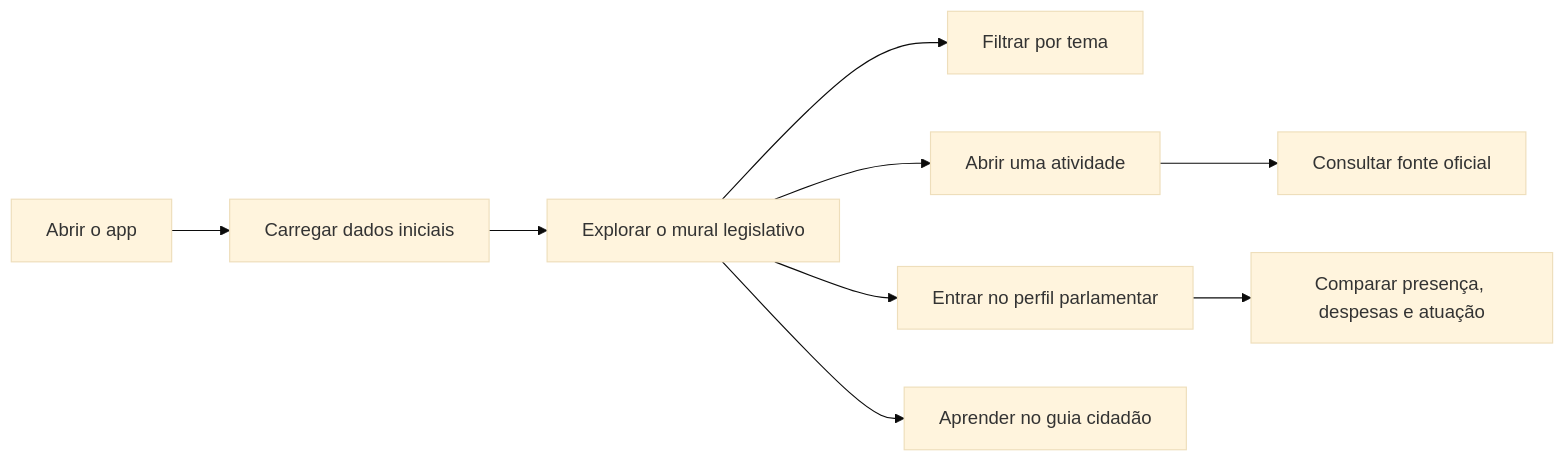
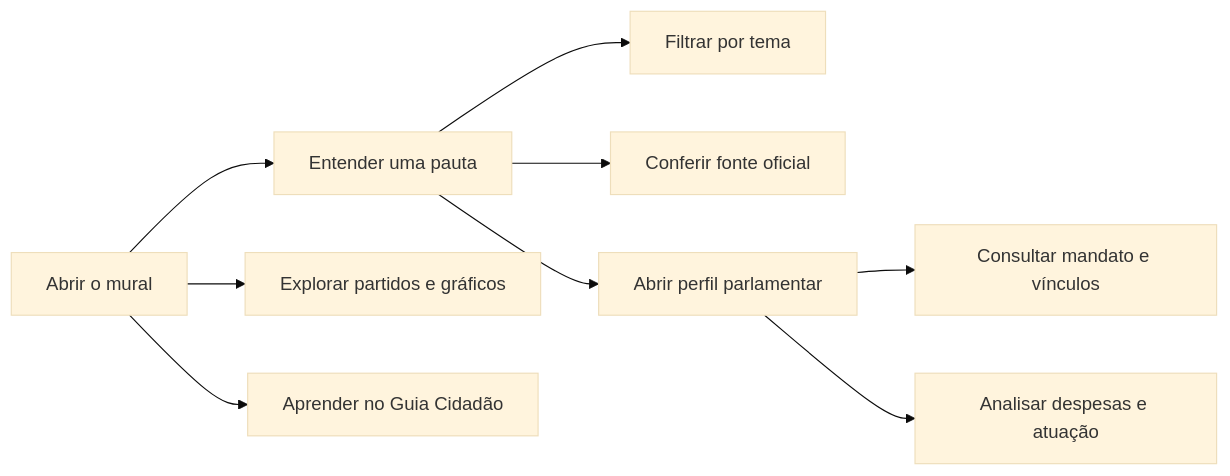
The first of 2 diagrams in README.md (Chrisllan02/Papo-Reto), drawn with Mermaid (base theme) before and after one commit. The commit also changed other lines of this file and 12 other files, not shown here.

````diff
--- a/README.md
+++ b/README.md
@@ -42,11 +79,11 @@
 ```mermaid
 flowchart LR
-  A["Abrir o app"] --> B["Carregar dados iniciais"]
-  B --> C["Explorar o mural legislativo"]
-  C --> D["Filtrar por tema"]
-  C --> E["Abrir uma atividade"]
-  E --> F["Consultar fonte oficial"]
-  C --> G["Entrar no perfil parlamentar"]
-  G --> H["Comparar presença, despesas e atuação"]
-  C --> I["Aprender no guia cidadão"]
+  A["Abrir o mural"] --> B["Entender uma pauta"]
+  B --> C["Filtrar por tema"]
+  B --> D["Conferir fonte oficial"]
+  B --> E["Abrir perfil parlamentar"]
+  E --> F["Consultar mandato e vínculos"]
+  E --> G["Analisar despesas e atuação"]
+  A --> H["Explorar partidos e gráficos"]
+  A --> I["Aprender no Guia Cidadão"]
 ```
````
